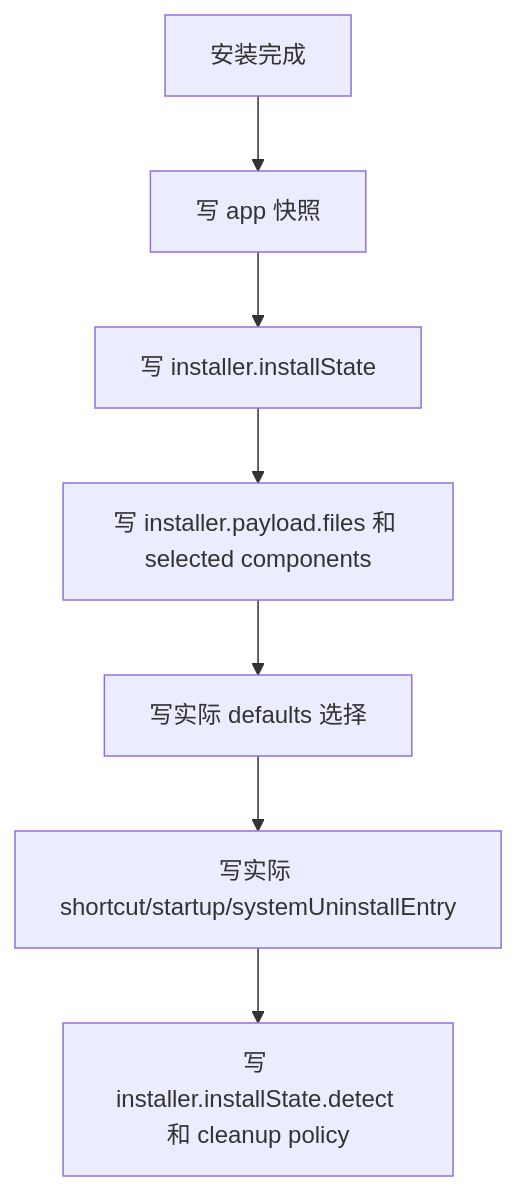
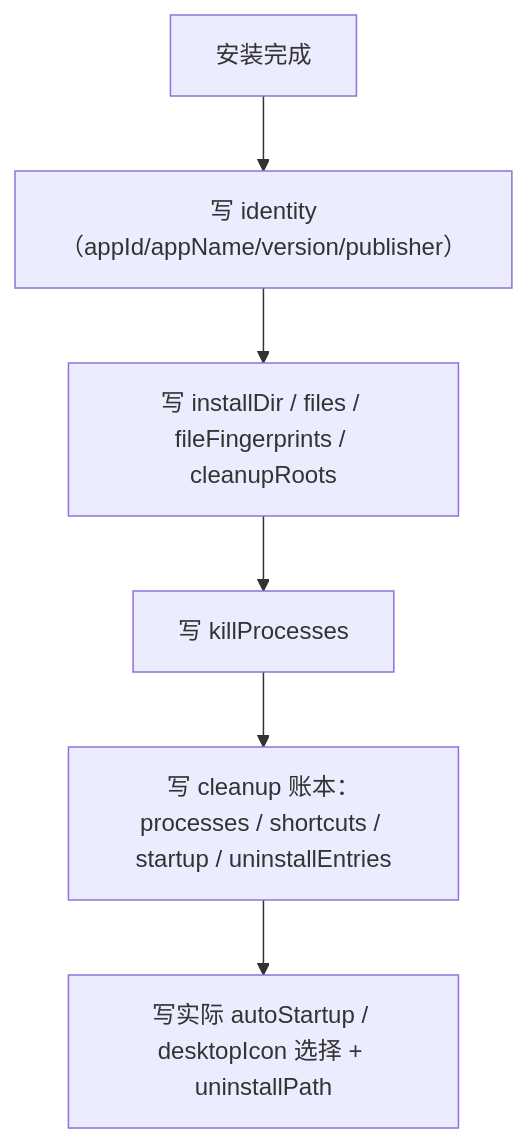
The sixth of 8 diagrams in docs/安装器流程图.md (lu020218/Multi-Threaded_Installer), drawn with Mermaid before and after one commit. The commit also changed other lines of this file and 78 other files, not shown here.

````diff
--- a/docs/安装器流程图.md
+++ b/docs/安装器流程图.md
@@ -71,9 +92,8 @@
 ```mermaid
 flowchart TD
-    A["安装完成"] --> B["写 app 快照"]
-    B --> C["写 installer.installState"]
-    C --> D["写 installer.payload.files 和 selected components"]
-    D --> E["写实际 defaults 选择"]
-    E --> F["写实际 shortcut/startup/systemUninstallEntry"]
-    F --> G["写 installer.installState.detect 和 cleanup policy"]
+    A["安装完成"] --> B["写 identity（appId/appName/version/publisher）"]
+    B --> C["写 installDir / files / fileFingerprints / cleanupRoots"]
+    C --> D["写 killProcesses"]
+    D --> E["写 cleanup 账本：processes / shortcuts / startup / uninstallEntries"]
+    E --> F["写实际 autoStartup / desktopIcon 选择 + uninstallPath"]
 ```
````
